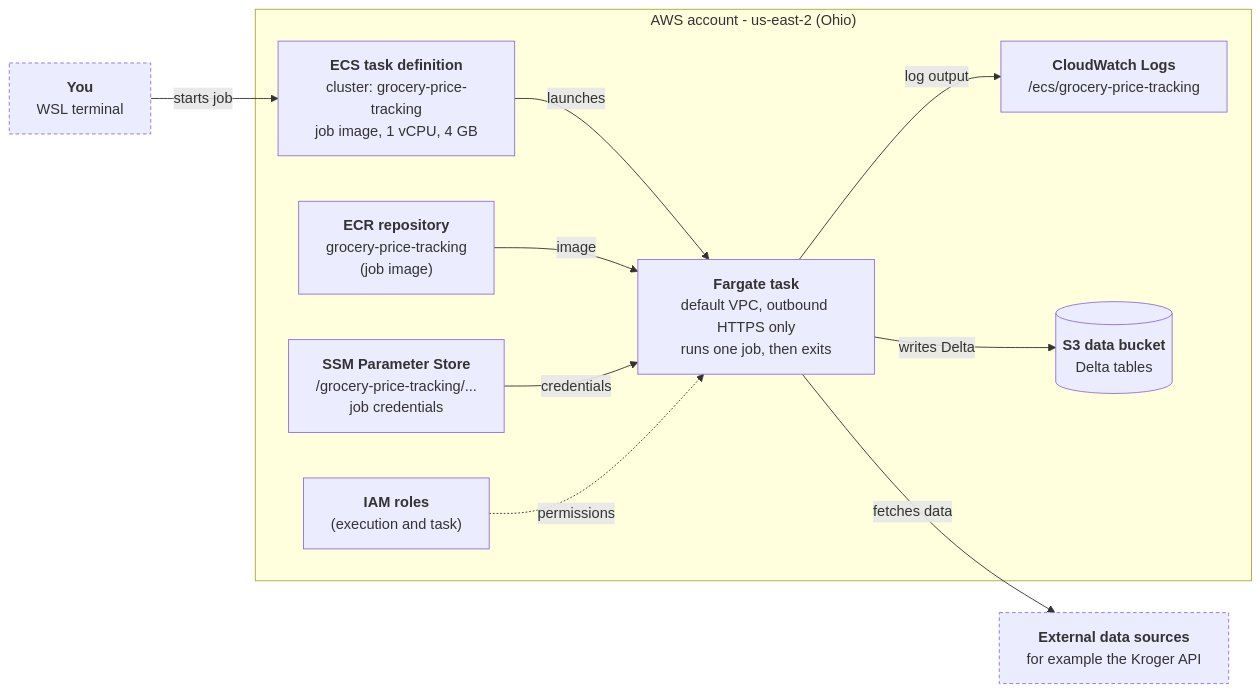
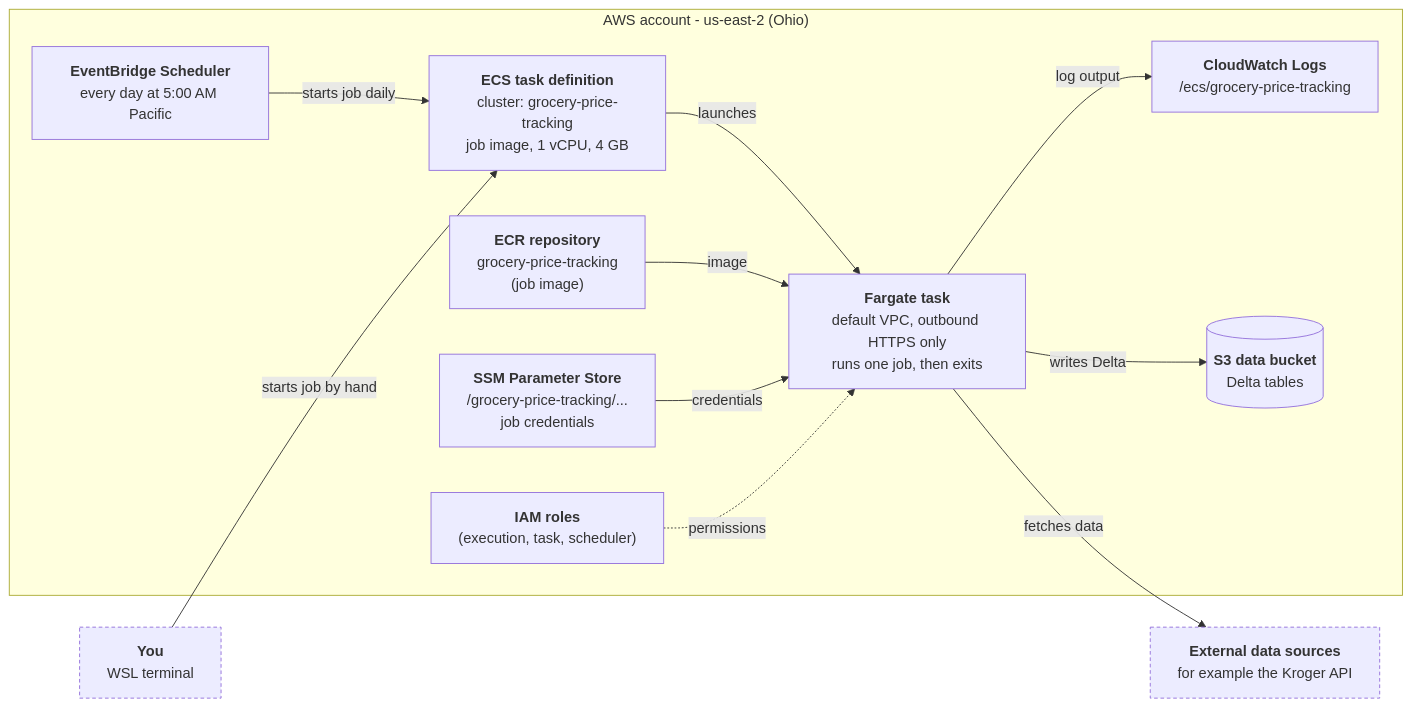
One commit to mmcelroy77/grocery-price-tracking changed the diagram in infra/README.md. Above: the diagram before and after it, drawn with Mermaid. The commit also changed other lines of this file and 4 other files, not shown here.

````diff
--- a/infra/README.md
+++ b/infra/README.md
@@ -10,27 +10,29 @@
 ```mermaid
 flowchart LR
     dev["<b>You</b><br/>WSL terminal"]
     sources["<b>External data sources</b><br/>for example the Kroger API"]
 
     subgraph aws["AWS account - us-east-2 (Ohio)"]
+        schedule["<b>EventBridge Scheduler</b><br/>every day at 5:00 AM Pacific"]
         taskDef["<b>ECS task definition</b><br/>cluster: grocery-price-tracking<br/>job image, 1 vCPU, 4 GB"]
         task["<b>Fargate task</b><br/>default VPC, outbound HTTPS only<br/>runs one job, then exits"]
         ecr["<b>ECR repository</b><br/>grocery-price-tracking<br/>(job image)"]
         ssm["<b>SSM Parameter Store</b><br/>/grocery-price-tracking/...<br/>job credentials"]
         logs["<b>CloudWatch Logs</b><br/>/ecs/grocery-price-tracking"]
         data[("<b>S3 data bucket</b><br/>Delta tables")]
-        iam["<b>IAM roles</b><br/>(execution and task)"]
+        iam["<b>IAM roles</b><br/>(execution, task, scheduler)"]
     end
 
-    dev -->|"starts job"| taskDef
+    schedule -->|"starts job daily"| taskDef
+    dev -->|"starts job by hand"| taskDef
     taskDef -->|"launches"| task
     ecr -->|"image"| task
     ssm -->|"credentials"| task
     task -->|"fetches data"| sources
     task -->|"writes Delta"| data
     task -->|"log output"| logs
     iam -.->|"permissions"| task
 
     classDef external stroke-dasharray: 4 3
     class dev,sources external
 ```
````
